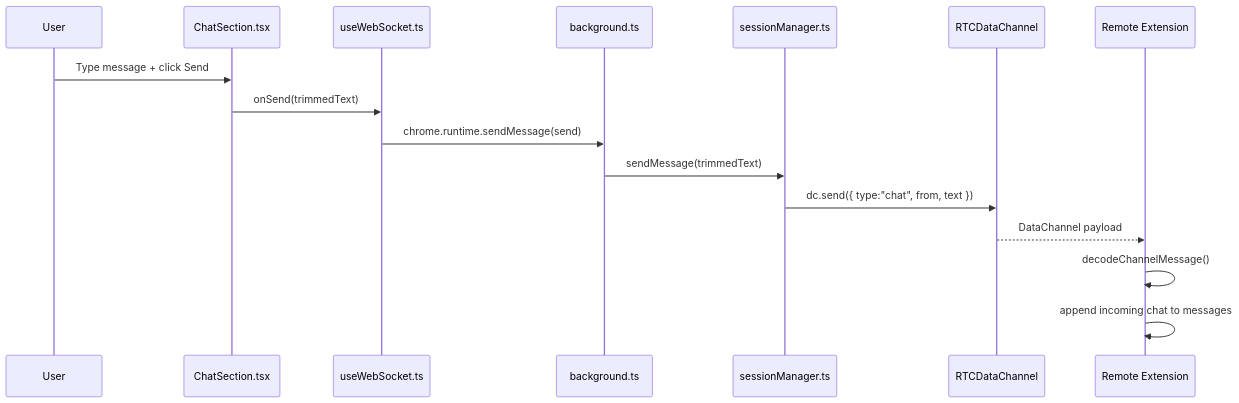
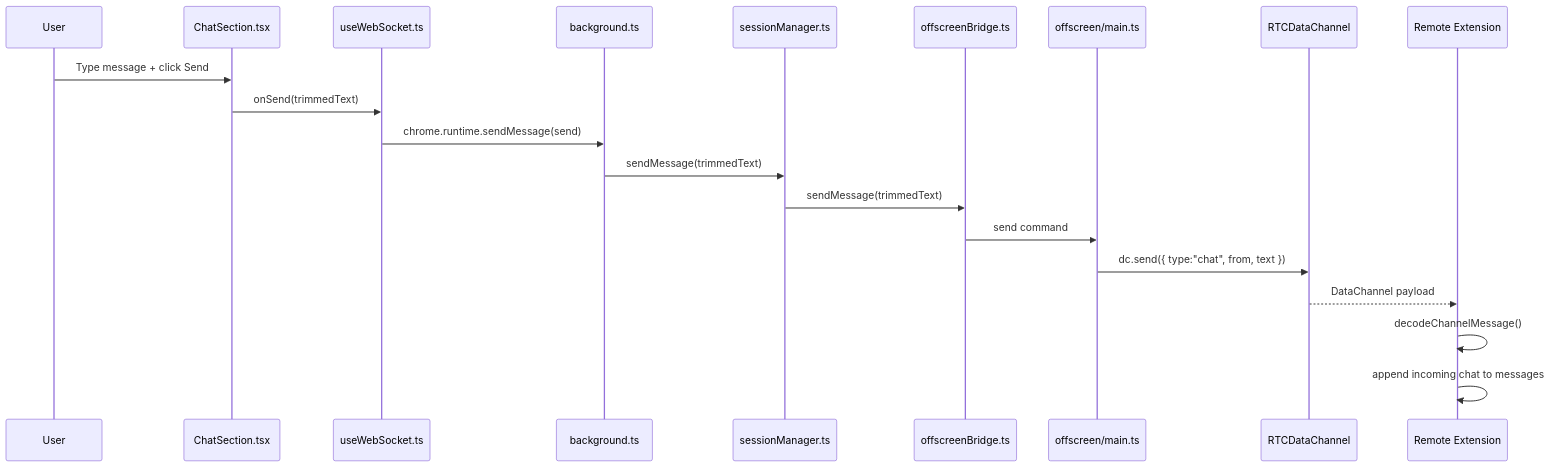
Before and after one commit to crccc/webrtc-chat: the sixth of 8 diagrams in docs/architecture.md, drawn with Mermaid. The commit also changed other lines of this file and 10 other files, not shown here.

````diff
--- a/docs/architecture.md
+++ b/docs/architecture.md
@@ -224,19 +250,23 @@
 ```mermaid
 sequenceDiagram
   participant U as User
   participant Chat as ChatSection.tsx
   participant Hook as useWebSocket.ts
   participant BG as background.ts
   participant Session as sessionManager.ts
+  participant Bridge as offscreenBridge.ts
+  participant Offscreen as offscreen/main.ts
   participant DC as RTCDataChannel
   participant Peer as Remote Extension
 
   U->>Chat: Type message + click Send
   Chat->>Hook: onSend(trimmedText)
   Hook->>BG: chrome.runtime.sendMessage(send)
   BG->>Session: sendMessage(trimmedText)
-  Session->>DC: dc.send({ type:"chat", from, text })
+  Session->>Bridge: sendMessage(trimmedText)
+  Bridge->>Offscreen: send command
+  Offscreen->>DC: dc.send({ type:"chat", from, text })
   DC-->>Peer: DataChannel payload
   Peer->>Peer: decodeChannelMessage()
   Peer->>Peer: append incoming chat to messages
 ```
````
